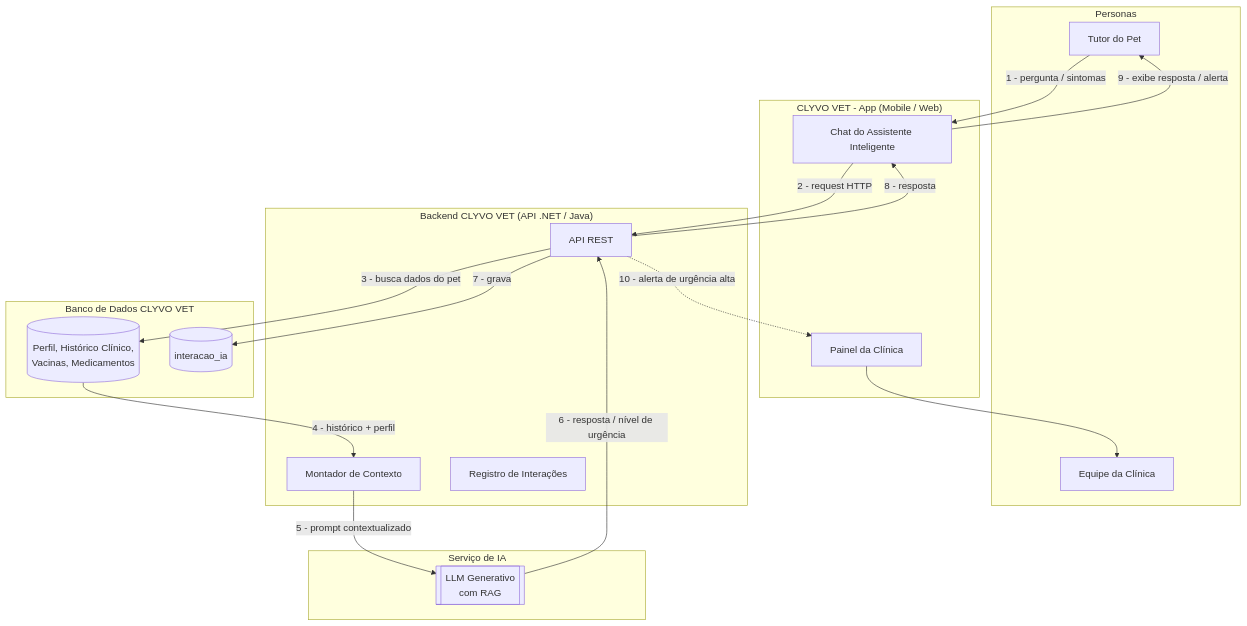
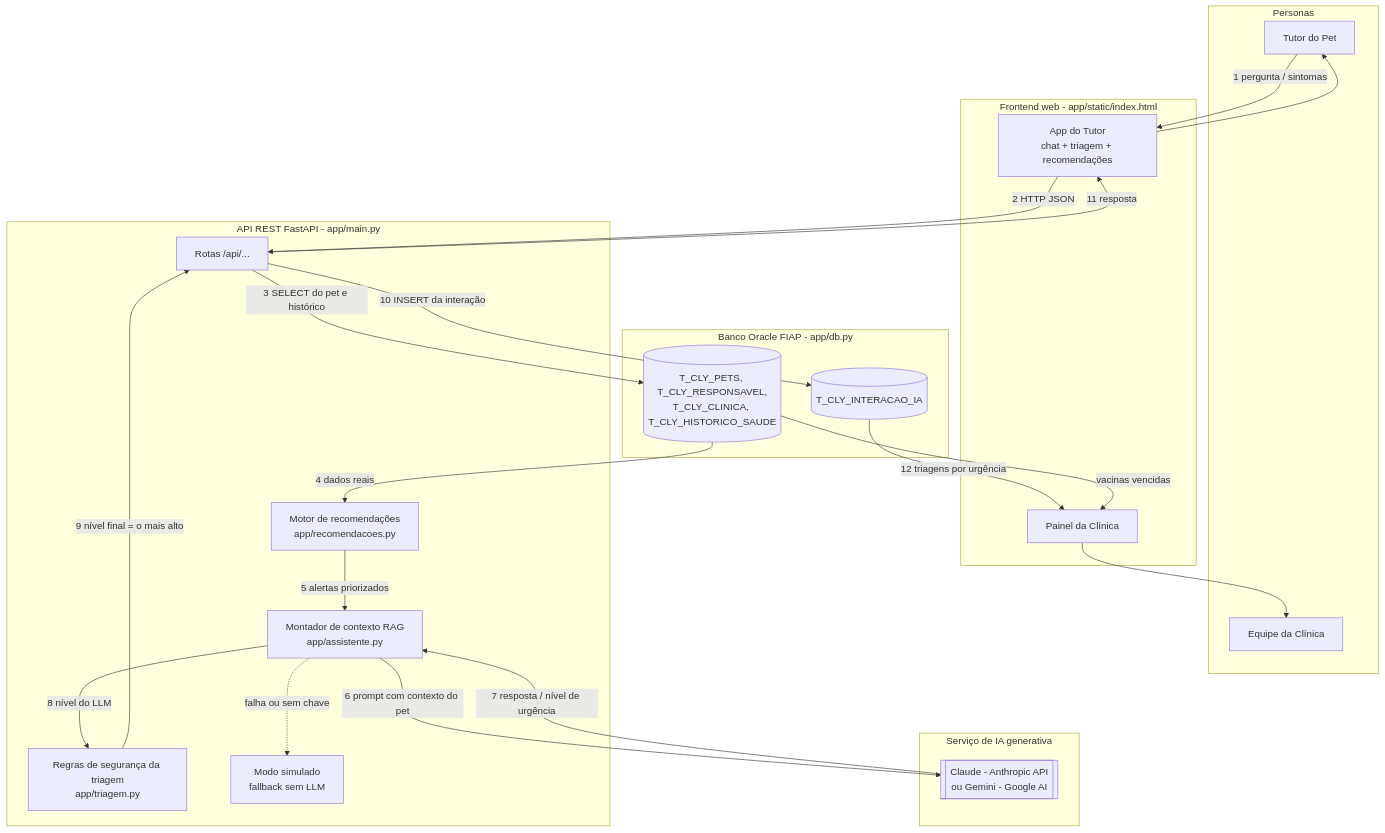
Before and after one commit to Guren156/sprint_IOT: the first of 2 diagrams in docs/arquitetura.md, drawn with Mermaid. The commit also changed other lines of this file and 19 other files, not shown here.

First line of the commit message:
Sprint 4: implementa o Assistente Inteligente CLYVO VET

````diff
--- a/docs/arquitetura.md
+++ b/docs/arquitetura.md
@@ -5,39 +5,46 @@
 ```mermaid
 flowchart TB
     subgraph Personas
         T[Tutor do Pet]
         C[Equipe da Clínica]
     end
 
-    subgraph App["CLYVO VET - App (Mobile / Web)"]
-        UI[Chat do Assistente Inteligente]
+    subgraph Front["Frontend web - app/static/index.html"]
+        UI[App do Tutor\nchat + triagem + recomendações]
         DASH[Painel da Clínica]
     end
 
-    subgraph Backend["Backend CLYVO VET (API .NET / Java)"]
-        API[API REST]
-        CTX[Montador de Contexto]
-        LOG[Registro de Interações]
+    subgraph API["API REST FastAPI - app/main.py"]
+        ROT[Rotas /api/...]
+        RAG[Montador de contexto RAG\napp/assistente.py]
+        REC[Motor de recomendações\napp/recomendacoes.py]
+        TRI[Regras de segurança da triagem\napp/triagem.py]
+        SIM[Modo simulado\nfallback sem LLM]
     end
 
-    subgraph Dados["Banco de Dados CLYVO VET"]
-        DB[(Perfil, Histórico Clínico,\nVacinas, Medicamentos)]
-        LOGDB[(interacao_ia)]
+    subgraph Dados["Banco Oracle FIAP - app/db.py"]
+        DB[(T_CLY_PETS, T_CLY_RESPONSAVEL,\nT_CLY_CLINICA, T_CLY_HISTORICO_SAUDE)]
+        LOGDB[(T_CLY_INTERACAO_IA)]
     end
 
-    subgraph IA["Serviço de IA"]
-        LLM[[LLM Generativo\ncom RAG]]
+    subgraph IA["Serviço de IA generativa"]
+        LLM[[Claude - Anthropic API\nou Gemini - Google AI]]
     end
 
-    T -->|"1 - pergunta / sintomas"| UI
-    UI -->|"2 - request HTTP"| API
-    API -->|"3 - busca dados do pet"| DB
-    DB -->|"4 - histórico + perfil"| CTX
-    CTX -->|"5 - prompt contextualizado"| LLM
-    LLM -->|"6 - resposta / nível de urgência"| API
-    API -->|"7 - grava"| LOGDB
-    API -->|"8 - resposta"| UI
-    UI -->|"9 - exibe resposta / alerta"| T
-    API -.->|"10 - alerta de urgência alta"| DASH
+    T -->|1 pergunta / sintomas| UI
+    UI -->|2 HTTP JSON| ROT
+    ROT -->|3 SELECT do pet e histórico| DB
+    DB -->|4 dados reais| REC
+    REC -->|5 alertas priorizados| RAG
+    RAG -->|6 prompt com contexto do pet| LLM
+    LLM -->|7 resposta / nível de urgência| RAG
+    RAG -. falha ou sem chave .-> SIM
+    RAG -->|8 nível do LLM| TRI
+    TRI -->|9 nível final = o mais alto| ROT
+    ROT -->|10 INSERT da interação| LOGDB
+    ROT -->|11 resposta| UI
+    UI --> T
+    LOGDB -->|12 triagens por urgência| DASH
+    DB -->|vacinas vencidas| DASH
     DASH --> C
 ```
````
